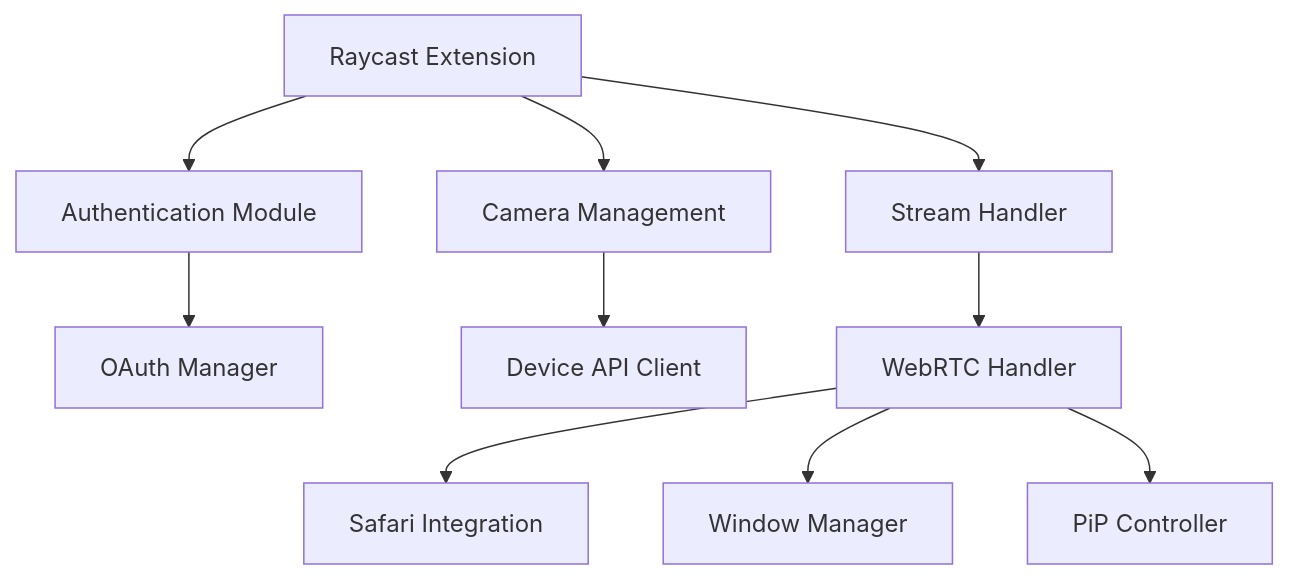
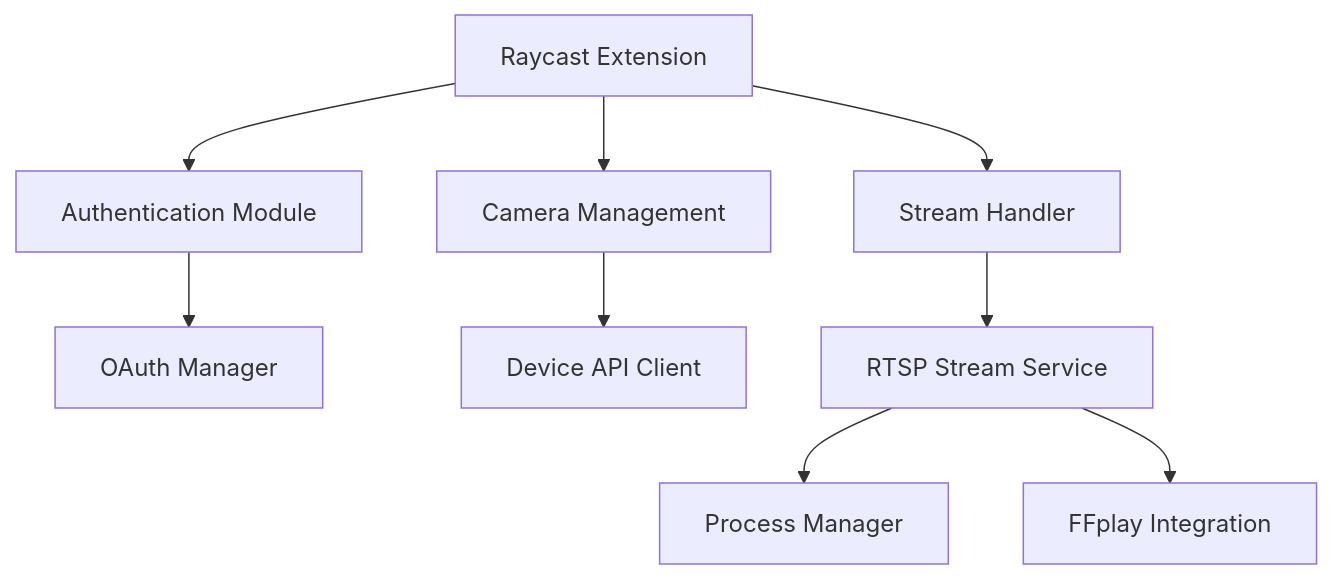
The diagram in extensions/nestcamera/docs/design.md (raycast/extensions), drawn with Mermaid before and after one commit. The commit also changed other lines of this file and 55 other files, not shown here.

````diff
--- a/extensions/nestcamera/docs/design.md
+++ b/extensions/nestcamera/docs/design.md
@@ -6,12 +6,11 @@
 ```mermaid
 graph TD
     A[Raycast Extension] --> B[Authentication Module]
     A --> C[Camera Management]
     A --> D[Stream Handler]
     B --> E[OAuth Manager]
     C --> F[Device API Client]
-    D --> G[WebRTC Handler]
-    G --> H[Safari Integration]
-    G --> I[Window Manager]
-    G --> J[PiP Controller]
+    D --> G[RTSP Stream Service]
+    G --> H[Process Manager]
+    G --> I[FFplay Integration]
 ```
````
